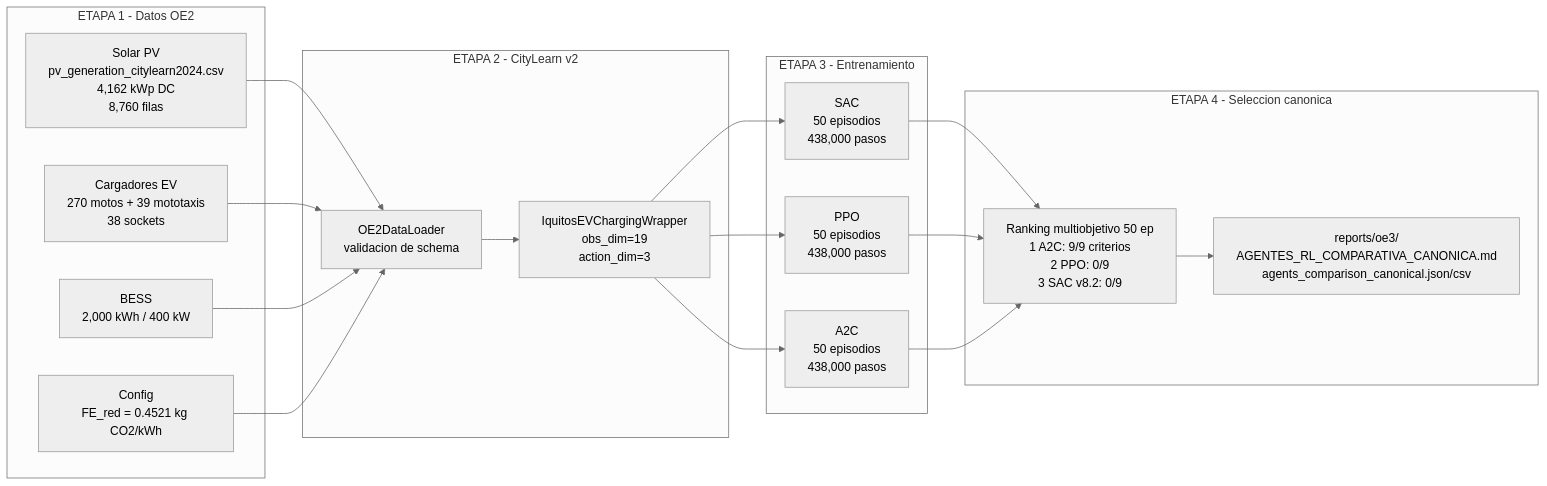
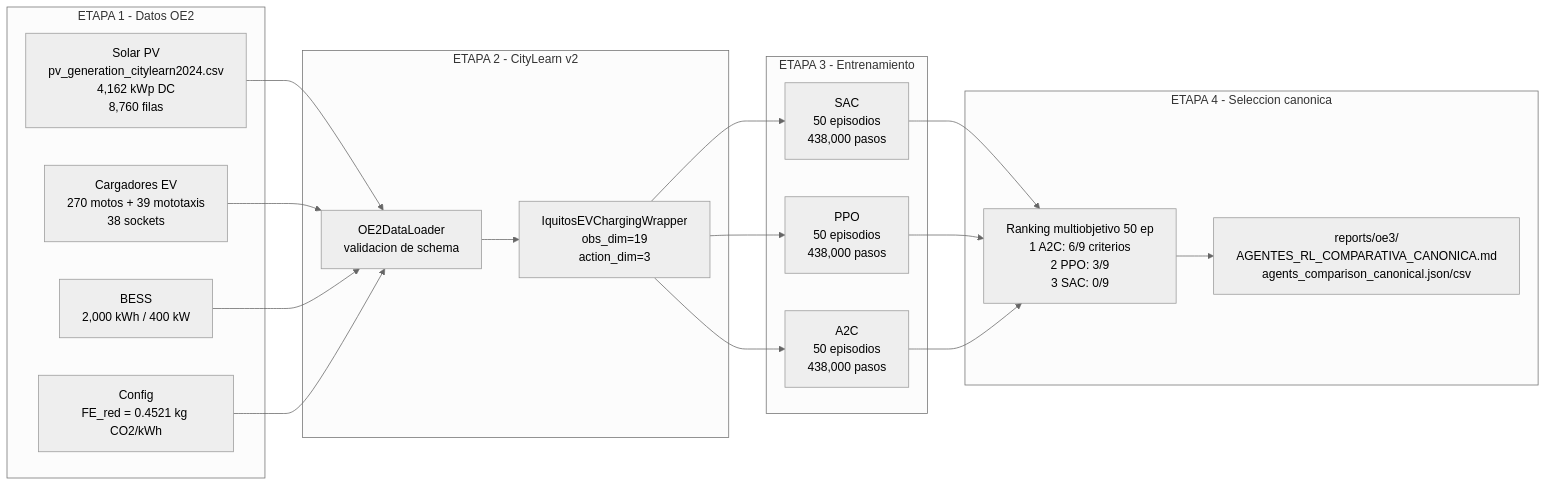
One commit to Mac-Tapia/dise-opvbesscar changed the diagram in reports/02_FLUJO_TRABAJO_DETALLADO.mmd. Above: the diagram before and after it, drawn with Mermaid (neutral theme). The commit also changed 8 other files, not shown here.

```diff
--- a/reports/02_FLUJO_TRABAJO_DETALLADO.mmd
+++ b/reports/02_FLUJO_TRABAJO_DETALLADO.mmd
@@ -1,36 +1,36 @@
 graph LR
     subgraph ETAPA1["ETAPA 1 - Datos OE2"]
         SOLF["Solar PV<br/>pv_generation_citylearn2024.csv<br/>4,162 kWp DC<br/>8,760 filas"]
         EV_F["Cargadores EV<br/>270 motos + 39 mototaxis<br/>38 sockets"]
         BESSF["BESS<br/>2,000 kWh / 400 kW"]
         CFG["Config<br/>FE_red = 0.4521 kg CO2/kWh"]
     end
 
     subgraph ETAPA2["ETAPA 2 - CityLearn v2"]
         DL["OE2DataLoader<br/>validacion de schema"]
         CL["IquitosEVChargingWrapper<br/>obs_dim=19<br/>action_dim=3"]
     end
 
     subgraph ETAPA3["ETAPA 3 - Entrenamiento"]
         SAC["SAC<br/>50 episodios<br/>438,000 pasos"]
         PPO["PPO<br/>50 episodios<br/>438,000 pasos"]
         A2C["A2C<br/>50 episodios<br/>438,000 pasos"]
     end
 
     subgraph ETAPA4["ETAPA 4 - Seleccion canonica"]
-        RANK["Ranking multiobjetivo 50 ep<br/>1 A2C: 9/9 criterios<br/>2 PPO: 0/9<br/>3 SAC v8.2: 0/9"]
+        RANK["Ranking multiobjetivo 50 ep<br/>1 A2C: 6/9 criterios<br/>2 PPO: 3/9<br/>3 SAC: 0/9"]
         DOC["reports/oe3/<br/>AGENTES_RL_COMPARATIVA_CANONICA.md<br/>agents_comparison_canonical.json/csv"]
     end
 
     SOLF --> DL
     EV_F --> DL
     BESSF --> DL
     CFG --> DL
     DL --> CL
     CL --> SAC
     CL --> PPO
     CL --> A2C
     SAC --> RANK
     PPO --> RANK
     A2C --> RANK
     RANK --> DOC
```
